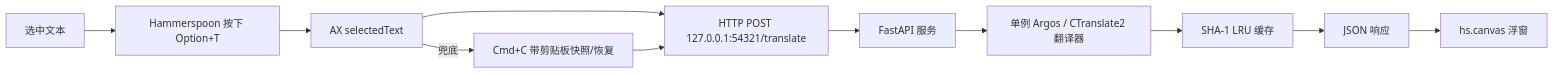
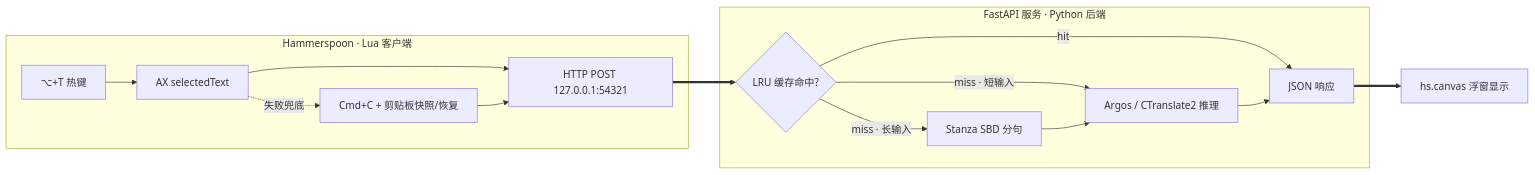
The diagram in README.md (Eim-aa/argos-translator), drawn with Mermaid before and after one commit. The commit also changed 1 other file, not shown here.

Commit message:
Improve architecture diagram: cache decision is upstream, show Stanza split for long inputs
The old diagram drew the SHA-1 LRU cache after the translator, implying
'translate first, then cache' — backwards. It also hid the Stanza SBD
step that splits long inputs into sentences before per-sentence
inference, and didn't separate the Lua client from the Python backend.

New version: subgraphs for the two layers, cache as a decision node
with three branches (hit / short miss / long miss), and Stanza on the
long-input path.

````diff
--- a/README.md
+++ b/README.md
@@ -58,13 +58,20 @@
 ```mermaid
 flowchart LR
-    A["选中文本"] --> B["Hammerspoon 按下 Option+T"]
-    B --> C["AX selectedText"]
-    C -->|兜底| D["Cmd+C 带剪贴板快照/恢复"]
-    C --> E["HTTP POST 127.0.0.1:54321/translate"]
-    D --> E
-    E --> F["FastAPI 服务"]
-    F --> G["单例 Argos / CTranslate2 翻译器"]
-    G --> H["SHA-1 LRU 缓存"]
-    H --> I["JSON 响应"]
-    I --> J["hs.canvas 浮窗"]
+    subgraph HS["Hammerspoon · Lua 客户端"]
+        H1["⌥+T 热键"] --> H2["AX selectedText"]
+        H2 -.失败兜底.-> H3["Cmd+C + 剪贴板快照/恢复"]
+        H2 & H3 --> H4["HTTP POST 127.0.0.1:54321"]
+    end
+
+    H4 ==> S1
+
+    subgraph BE["FastAPI 服务 · Python 后端"]
+        S1{"LRU 缓存命中?"} -->|hit| S5
+        S1 -->|miss · 短输入| S3["Argos / CTranslate2 推理"]
+        S1 -->|miss · 长输入| S2["Stanza SBD 分句"]
+        S2 --> S3
+        S3 --> S5["JSON 响应"]
+    end
+
+    S5 ==> H5["hs.canvas 浮窗显示"]
 ```
````
